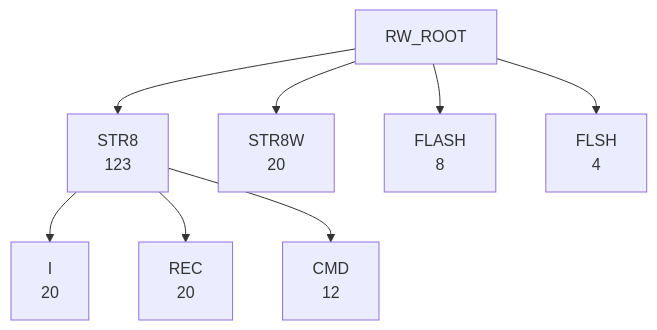
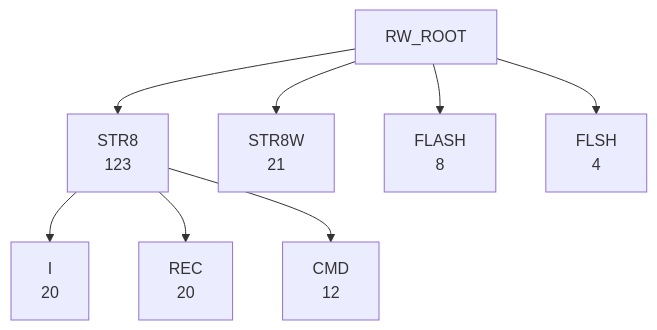
The fifth of 6 diagrams in DOC/GENERATED/ROUTINE_WORD_TREE.md (95westus/R-YORS), drawn with Mermaid before and after one commit. The commit also changed other lines of this file and 20 other files, not shown here.

````diff
--- a/DOC/GENERATED/ROUTINE_WORD_TREE.md
+++ b/DOC/GENERATED/ROUTINE_WORD_TREE.md
@@ -77,10 +77,10 @@
 ```mermaid
 flowchart TD
     RW_ROOT --> RW_STR8["STR8<br/>123"]
-    RW_ROOT --> RW_STR8W["STR8W<br/>20"]
+    RW_ROOT --> RW_STR8W["STR8W<br/>21"]
     RW_ROOT --> RW_FLASH["FLASH<br/>8"]
     RW_ROOT --> RW_FLSH["FLSH<br/>4"]
     RW_STR8 --> RW_STR8_I["I<br/>20"]
     RW_STR8 --> RW_STR8_REC["REC<br/>20"]
     RW_STR8 --> RW_STR8_CMD["CMD<br/>12"]
 ```
````
